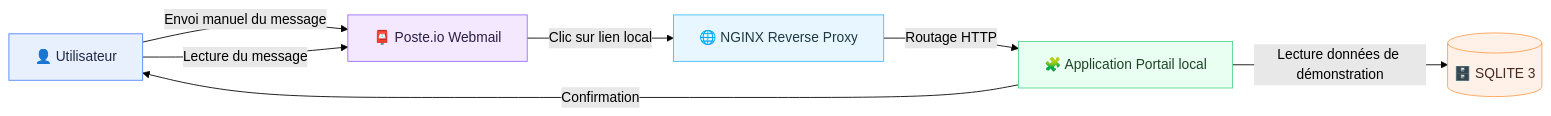
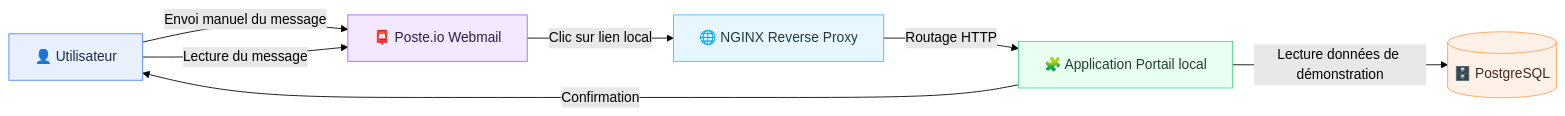
The first of 2 diagrams in README.md (Alidrix/L_ATELIER), drawn with Mermaid (forest theme) before and after one commit. The commit also changed other lines of this file, not shown here.

````diff
--- a/README.md
+++ b/README.md
@@ -3,21 +3,21 @@
 ```mermaid
 flowchart LR
   classDef user fill:#E8F0FE,stroke:#4F83FF,color:#1F2A44;
   classDef mail fill:#F3E8FF,stroke:#9B6BFF,color:#2A1F44;
   classDef web fill:#E8F7FF,stroke:#3FB8FF,color:#1F3A44;
   classDef app fill:#E8FFF1,stroke:#4FD88B,color:#1F442A;
   classDef db fill:#FFF1E8,stroke:#FF9F4F,color:#442A1F;
 
   U[👤 Utilisateur]:::user
   M[📮 Poste.io Webmail]:::mail
   N[🌐 NGINX Reverse Proxy]:::web
   A[🧩 Application Portail local]:::app
-  D[(🗄️ SQLITE 3)]:::db
+  D[(🗄️ PostgreSQL)]:::db
 
   U -->|Envoi manuel du message| M
   U -->|Lecture du message| M
   M -->|Clic sur lien local| N
   N -->|Routage HTTP| A
   A -->|Lecture données de démonstration| D
   A -->|Confirmation| U
 ```
````
